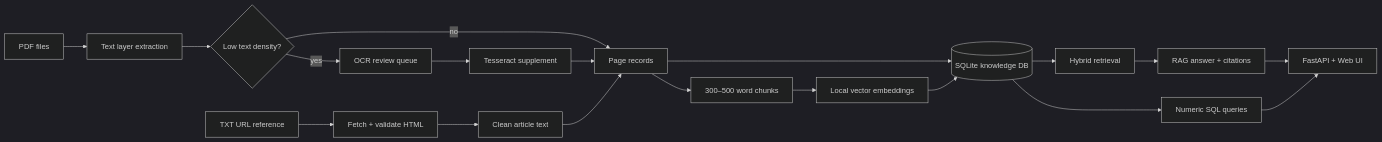
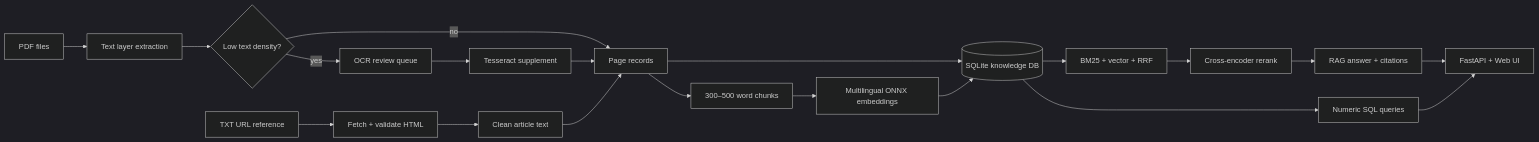
Before and after one commit to KanThanakhorn/future-talent-Viz: the diagram in README.md, drawn with Mermaid (dark theme). The commit also changed other lines of this file and 24 other files, not shown here.

Commit message:
feat: improve talent visualizations and hybrid retrieval

````diff
--- a/README.md
+++ b/README.md
@@ -68,21 +77,22 @@
 ```mermaid
 flowchart LR
     A[PDF files] --> B[Text layer extraction]
     U[TXT URL reference] --> V[Fetch + validate HTML]
     V --> C[Clean article text]
     B --> D{Low text density?}
     D -- yes --> O[OCR review queue]
     O --> T[Tesseract supplement]
     D -- no --> P[Page records]
     T --> P
     C --> P
     P --> S[(SQLite knowledge DB)]
     P --> K[300–500 word chunks]
-    K --> E[Local vector embeddings]
+    K --> E[Multilingual ONNX embeddings]
     E --> S
-    S --> Q[Hybrid retrieval]
-    Q --> R[RAG answer + citations]
+    S --> Q[BM25 + vector + RRF]
+    Q --> X[Cross-encoder rerank]
+    X --> R[RAG answer + citations]
     S --> N[Numeric SQL queries]
     R --> W[FastAPI + Web UI]
     N --> W
 ```
````
